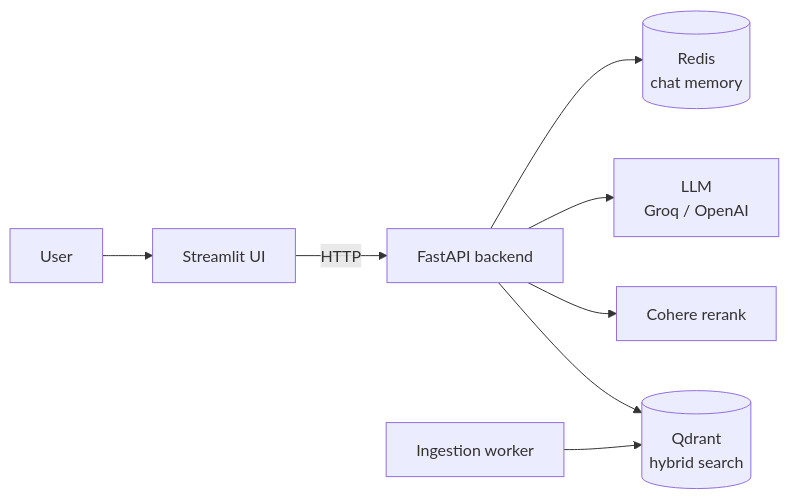
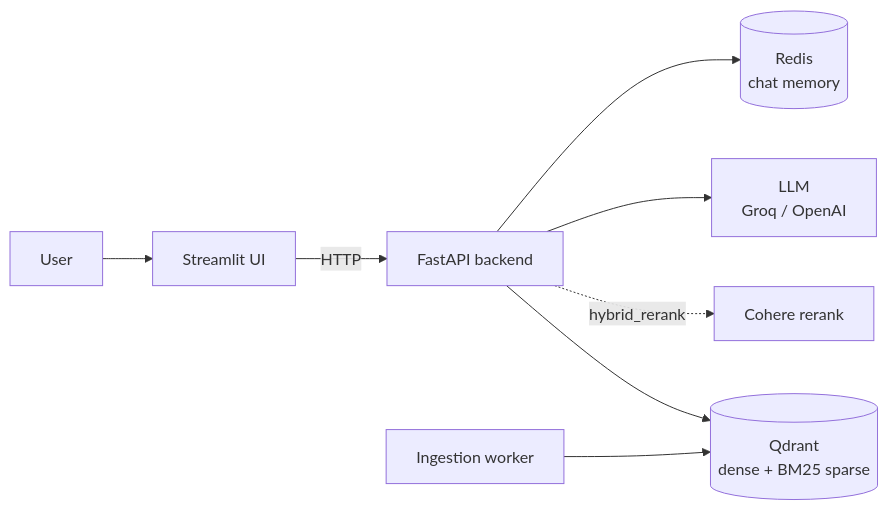
The diagram in docs/index.md (pdemeulenaer/rag-demo), drawn with Mermaid before and after one commit. The commit also changed other lines of this file and 46 other files, not shown here.

````diff
--- a/docs/index.md
+++ b/docs/index.md
@@ -6,10 +6,10 @@
 ```mermaid
 flowchart LR
     U[User] --> S[Streamlit UI]
     S -->|HTTP| A[FastAPI backend]
-    A --> Q[(Qdrant<br/>hybrid search)]
-    A --> C[Cohere rerank]
+    A --> Q[(Qdrant<br/>dense + BM25 sparse)]
+    A -. hybrid_rerank .-> C[Cohere rerank]
     A --> L[LLM<br/>Groq / OpenAI]
     A --> R[(Redis<br/>chat memory)]
     W[Ingestion worker] --> Q
 ```
````
